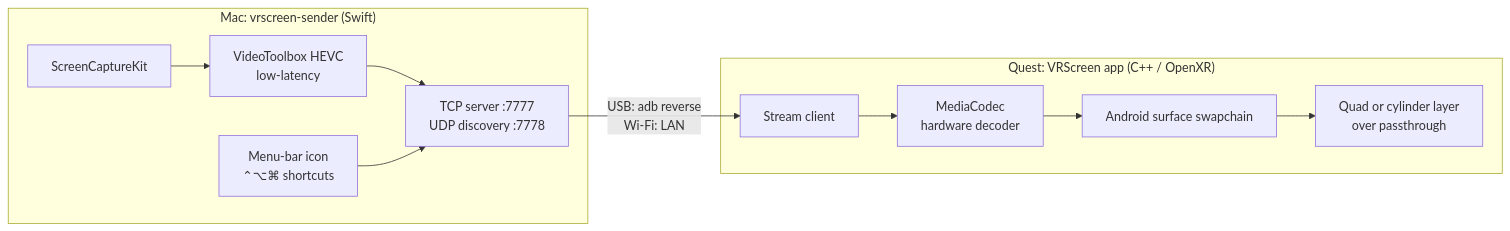
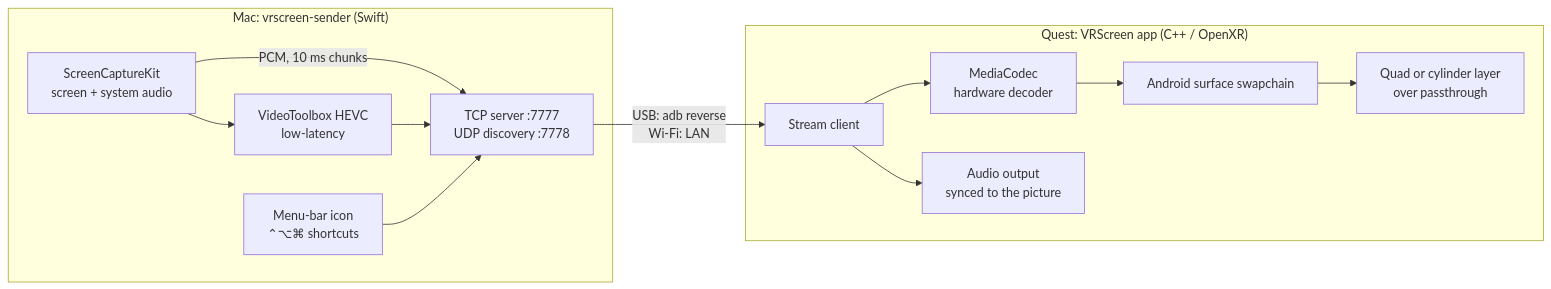
Before and after one commit to DimitriFourny/vrscreen: the diagram in README.md, drawn with Mermaid. The commit also changed other lines of this file and 40 other files, not shown here.

Commit message:
Audio mirroring: SCK system audio as PCM (AUDIO_CONFIG/AUDIO), AAudio playout with jitter buffer and A/V alignment; menu audio + mute-Mac toggles

````diff
--- a/README.md
+++ b/README.md
@@ -22,14 +24,16 @@
 ```mermaid
 flowchart LR
   subgraph Mac["Mac: vrscreen-sender (Swift)"]
-    A[ScreenCaptureKit] --> B[VideoToolbox HEVC<br/>low-latency]
+    A[ScreenCaptureKit<br/>screen + system audio] --> B[VideoToolbox HEVC<br/>low-latency]
+    A -- "PCM, 10 ms chunks" --> C
     B --> C[TCP server :7777<br/>UDP discovery :7778]
     M[Menu-bar icon<br/>⌃⌥⌘ shortcuts] --> C
   end
   C -- "USB: adb reverse<br/>Wi-Fi: LAN" --> D
   subgraph Quest["Quest: VRScreen app (C++ / OpenXR)"]
     D[Stream client] --> E[MediaCodec<br/>hardware decoder]
     E --> F[Android surface swapchain]
     F --> G[Quad or cylinder layer<br/>over passthrough]
+    D --> H[Audio output<br/>synced to the picture]
   end
 ```
````
